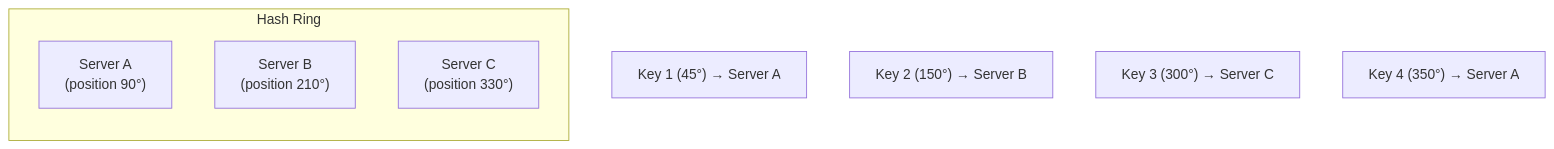
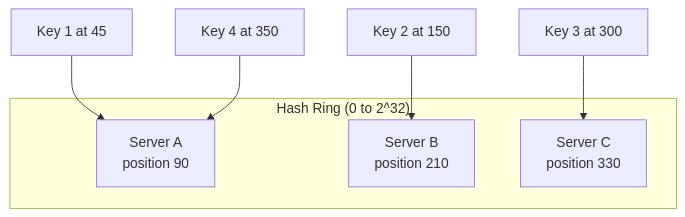
Before and after one commit to EndianKnight/interview-prep: the first of 3 diagrams in 02-system-design/fundamentals/12-consistent-hashing.md, drawn with Mermaid. The commit also changed other lines of this file and 5 other files, not shown here.

````diff
--- a/02-system-design/fundamentals/12-consistent-hashing.md
+++ b/02-system-design/fundamentals/12-consistent-hashing.md
@@ -24,14 +24,13 @@
 ```mermaid
 graph TD
-    subgraph Hash Ring
-        direction TB
-        A["Server A<br/>(position 90°)"]
-        B["Server B<br/>(position 210°)"]
-        C["Server C<br/>(position 330°)"]
+    subgraph Ring["Hash Ring (0 to 2^32)"]
+        A["Server A<br/>position 90"]
+        B["Server B<br/>position 210"]
+        C["Server C<br/>position 330"]
     end
 
-    K1["Key 1 (45°) → Server A"]
-    K2["Key 2 (150°) → Server B"]
-    K3["Key 3 (300°) → Server C"]
-    K4["Key 4 (350°) → Server A"]
+    K1["Key 1 at 45"] --> A
+    K2["Key 2 at 150"] --> B
+    K3["Key 3 at 300"] --> C
+    K4["Key 4 at 350"] --> A
 ```
````
